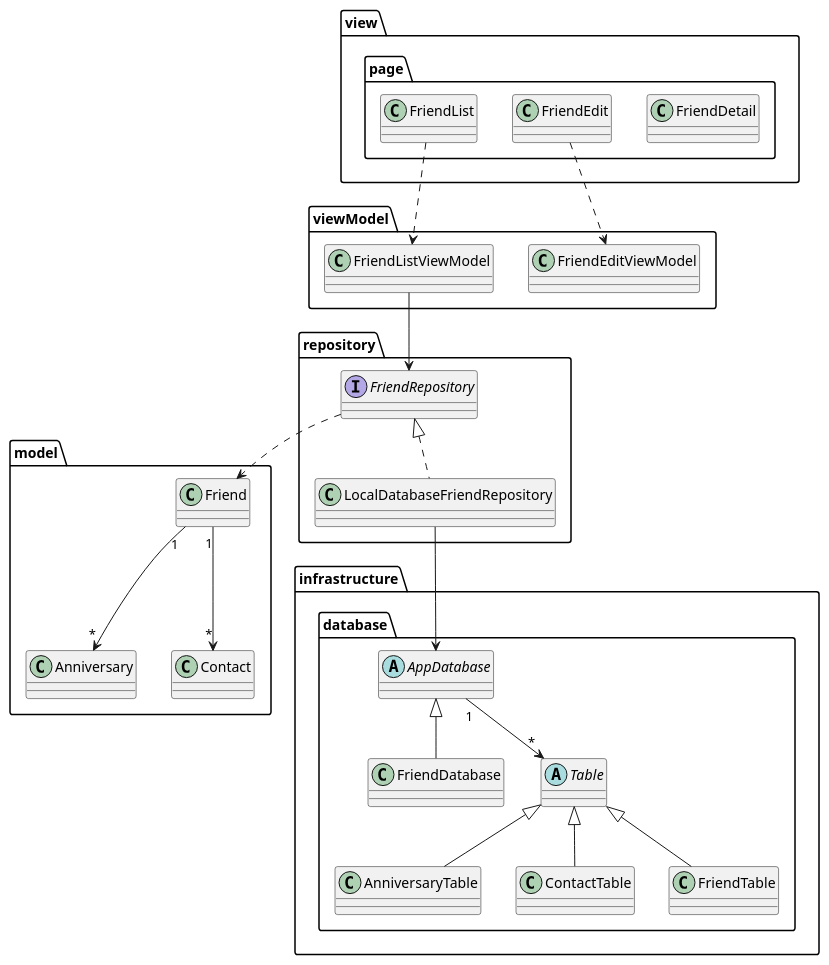
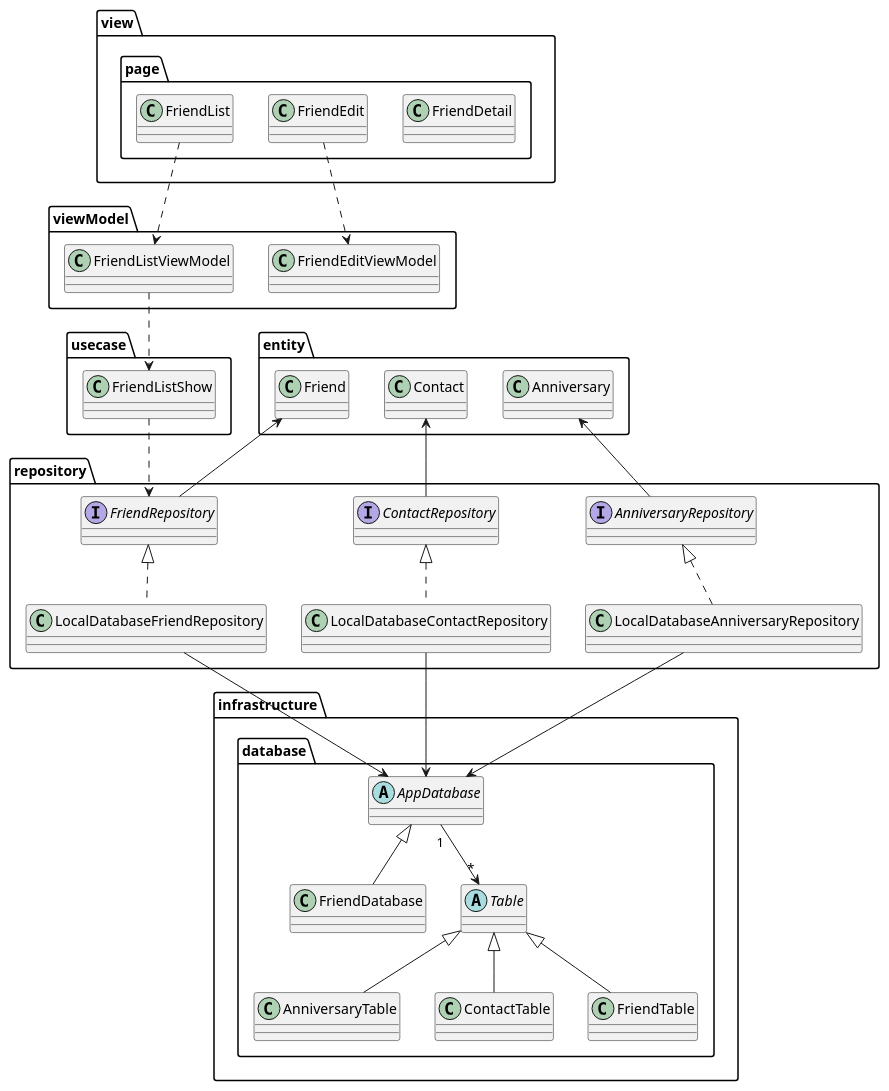
Before and after one commit to nmskm240/friend_list: the diagram in uml/class_diagram.pu, drawn with PlantUML. The commit also changed 32 other files, not shown here.

```diff
--- a/uml/class_diagram.pu
+++ b/uml/class_diagram.pu
@@ -1,58 +1,72 @@
 @startuml
 
 package view {
     package page {
         class FriendDetail
         class FriendEdit
         class FriendList
     }
 }
 
 package viewModel {
     class FriendListViewModel
     class FriendEditViewModel
 }
 
-package model {
+package usecase {
+    class FriendListShow
+}
+
+
+package repository {
+    interface AnniversaryRepository
+    interface ContactRepository
+    interface FriendRepository
+    class LocalDatabaseAnniversaryRepository
+    class LocalDatabaseContactRepository
+    class LocalDatabaseFriendRepository
+}
+
+package entity {
     class Anniversary
     class Contact
     class Friend
-}
-
-package repository {
-    interface FriendRepository
-    class LocalDatabaseFriendRepository
 }
 
 package infrastructure {
     package database {
         class AnniversaryTable
         abstract AppDatabase
         class ContactTable
         class FriendDatabase
         class FriendTable
         abstract Table
     }
 }
 
 FriendList ..> FriendListViewModel
 FriendEdit ..> FriendEditViewModel
 
-FriendListViewModel --> FriendRepository
+FriendListViewModel ..> FriendListShow
 
-Friend "1" --> "*" Anniversary
-Friend "1" --> "*" Contact
+FriendListShow ..> FriendRepository
 
-FriendRepository ..> Friend
+Anniversary <-- AnniversaryRepository
+Contact <-- ContactRepository
+Friend <-- FriendRepository
 
+AnniversaryRepository <|.. LocalDatabaseAnniversaryRepository
+ContactRepository <|.. LocalDatabaseContactRepository
 FriendRepository <|.. LocalDatabaseFriendRepository
 
+LocalDatabaseAnniversaryRepository --> AppDatabase
+LocalDatabaseContactRepository --> AppDatabase
 LocalDatabaseFriendRepository --> AppDatabase
 
 AppDatabase <|-- FriendDatabase
 Table <|-- AnniversaryTable
 Table <|-- ContactTable
 Table <|-- FriendTable
 AppDatabase "1" --> "*" Table
 
 @enduml
```
